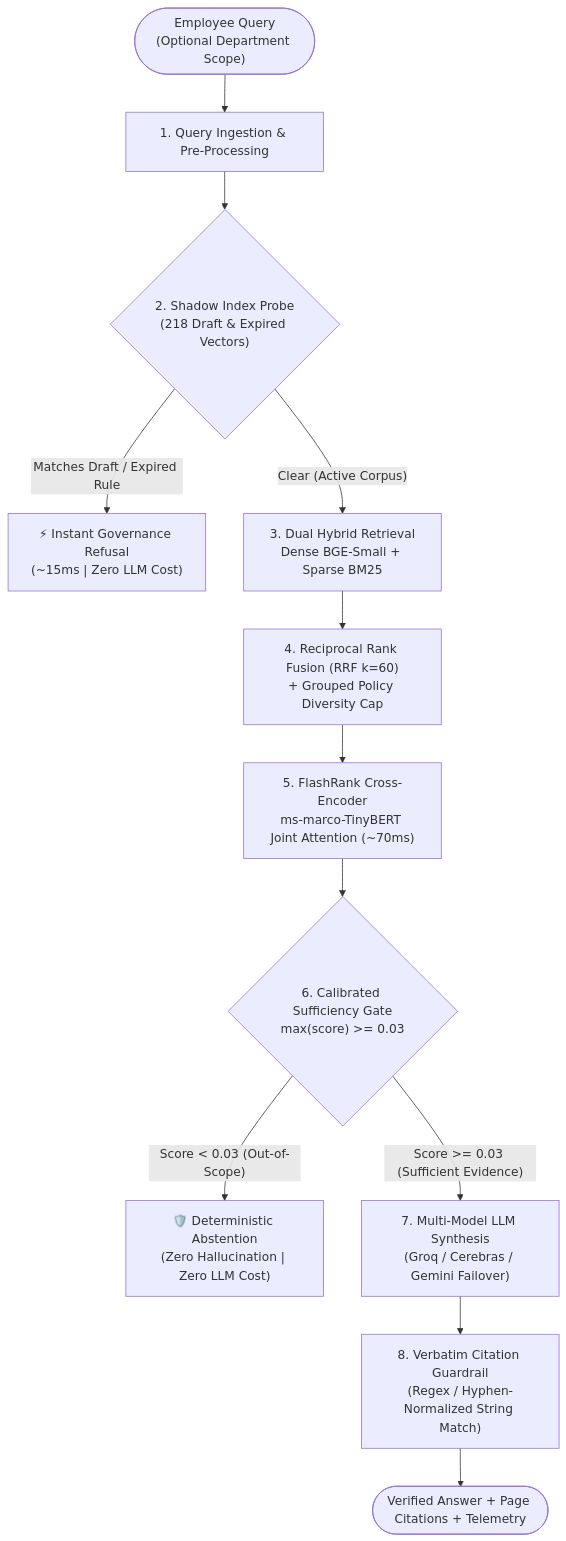
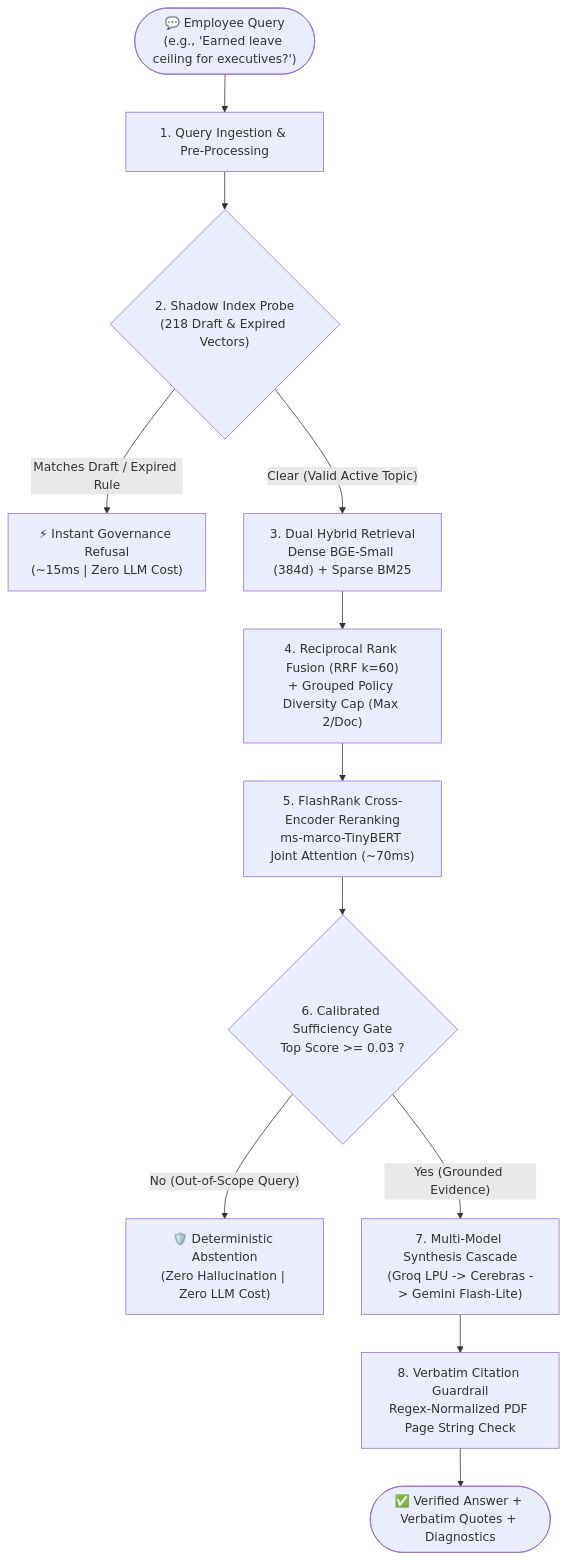
The first of 2 diagrams in README.md (Jaydeep0832/Policy-AI), drawn with Mermaid before and after one commit. The commit also changed other lines of this file and 2 other files, not shown here.

Commit message:
docs: reframe README into single-flow highlighted overview and add policy manifest and failover cascade screenshots

````diff
--- a/README.md
+++ b/README.md
@@ -33,18 +44,18 @@
 ```mermaid
 flowchart TD
-    UserQuery(["Employee Query\n(Optional Department Scope)"]) --> Ingestion["1. Query Ingestion & Pre-Processing"]
+    UserQuery(["💬 Employee Query\n(e.g., 'Earned leave ceiling for executives?')"]) --> Ingestion["1. Query Ingestion & Pre-Processing"]
     Ingestion --> ShadowProbe{"2. Shadow Index Probe\n(218 Draft & Expired Vectors)"}
     
-    ShadowProbe -- "Matches Draft / Expired Rule" --> Refuse["⚡ Instant Governance Refusal\n(~15ms | Zero LLM Cost)"]
-    ShadowProbe -- "Clear (Active Corpus)" --> HybridRet["3. Dual Hybrid Retrieval\nDense BGE-Small + Sparse BM25"]
+    ShadowProbe -- "Matches Draft / Expired Rule" --> Refusal["⚡ Instant Governance Refusal\n(~15ms | Zero LLM Cost)"]
+    ShadowProbe -- "Clear (Valid Active Topic)" --> HybridSearch["3. Dual Hybrid Retrieval\nDense BGE-Small (384d) + Sparse BM25"]
     
-    HybridRet --> RRF["4. Reciprocal Rank Fusion (RRF k=60)\n+ Grouped Policy Diversity Cap"]
-    RRF --> CrossEncoder["5. FlashRank Cross-Encoder\nms-marco-TinyBERT Joint Attention (~70ms)"]
+    HybridSearch --> RRF["4. Reciprocal Rank Fusion (RRF k=60)\n+ Grouped Policy Diversity Cap (Max 2/Doc)"]
+    RRF --> CrossEncoder["5. FlashRank Cross-Encoder Reranking\nms-marco-TinyBERT Joint Attention (~70ms)"]
     
-    CrossEncoder --> SufficiencyGate{"6. Calibrated Sufficiency Gate\nmax(score) >= 0.03"}
-    SufficiencyGate -- "Score < 0.03 (Out-of-Scope)" --> Abstain["🛡️ Deterministic Abstention\n(Zero Hallucination | Zero LLM Cost)"]
+    CrossEncoder --> SufficiencyGate{"6. Calibrated Sufficiency Gate\nTop Score >= 0.03 ?"}
+    SufficiencyGate -- "No (Out-of-Scope Query)" --> Abstain["🛡️ Deterministic Abstention\n(Zero Hallucination | Zero LLM Cost)"]
     
-    SufficiencyGate -- "Score >= 0.03 (Sufficient Evidence)" --> LLMGen["7. Multi-Model LLM Synthesis\n(Groq / Cerebras / Gemini Failover)"]
-    LLMGen --> Verifier["8. Verbatim Citation Guardrail\n(Regex / Hyphen-Normalized String Match)"]
-    Verifier --> Output(["Verified Answer + Page Citations + Telemetry"])
+    SufficiencyGate -- "Yes (Grounded Evidence)" --> MultiLLM["7. Multi-Model Synthesis Cascade\n(Groq LPU -> Cerebras -> Gemini Flash-Lite)"]
+    MultiLLM --> Verifier["8. Verbatim Citation Guardrail\nRegex-Normalized PDF Page String Check"]
+    Verifier --> FinalResponse(["✅ Verified Answer + Verbatim Quotes + Diagnostics"])
 ```
````
